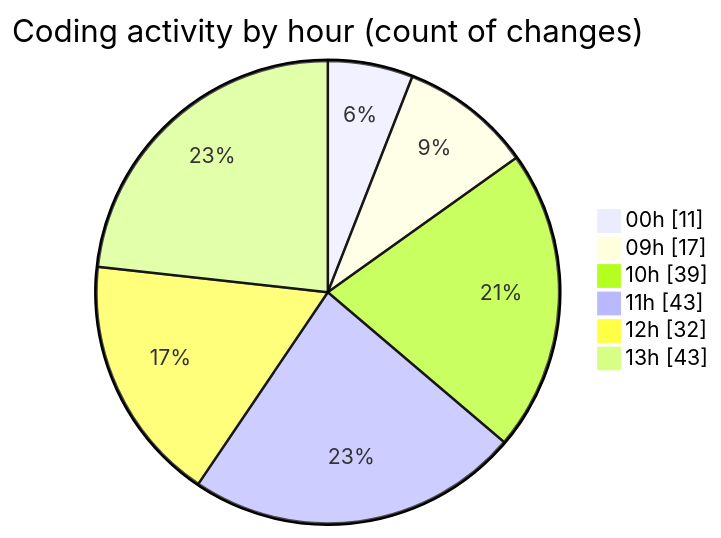
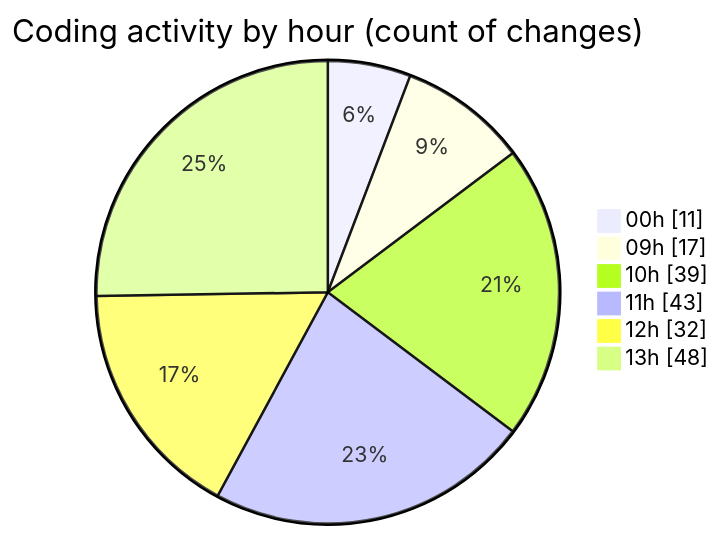
The second of 2 diagrams in 2026-09-02/cda/README.md (momahboobian/code-tracking), drawn with Mermaid before and after one commit. The commit also changed other lines of this file and 1 other file, not shown here.

````diff
--- a/2026-09-02/cda/README.md
+++ b/2026-09-02/cda/README.md
@@ -51,10 +52,10 @@
 ```mermaid
 pie showData
 title Coding activity by hour (count of changes)
 "00h" : 11
 "09h" : 17
 "10h" : 39
 "11h" : 43
 "12h" : 32
-"13h" : 43
+"13h" : 48
 ```
````
